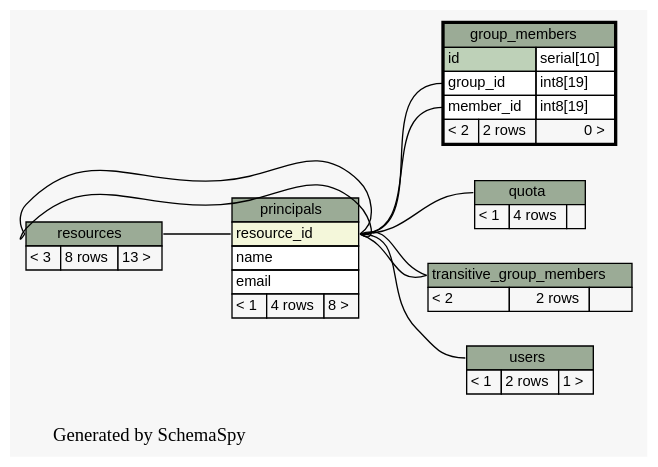
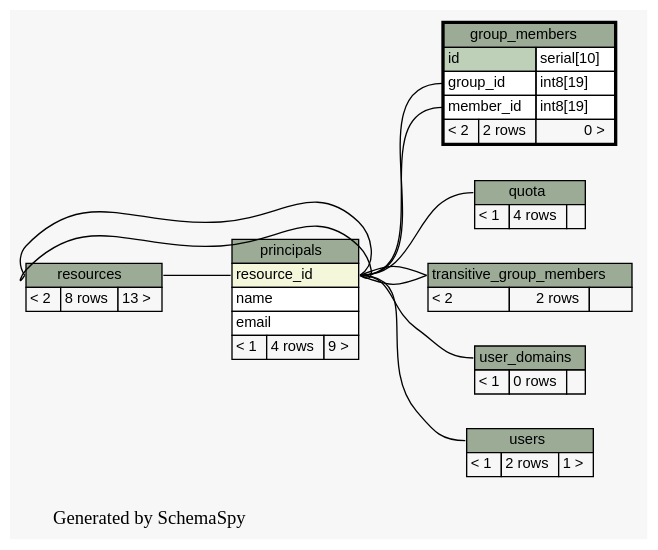
Before and after one commit to tolsen/limestone: the diagram in limestone/doc/schemaSpy/graphs/group_members.2degrees.dot, drawn with Graphviz. The commit also changed 151 other files, not shown here.

Commit message:
update schemaspy

```diff
--- a/limestone/doc/schemaSpy/graphs/group_members.2degrees.dot
+++ b/limestone/doc/schemaSpy/graphs/group_members.2degrees.dot
@@ -1,86 +1,96 @@
-// dot 2.16.1 on Linux 2.6.24-1-amd64
+// dot 2.20.2 on Linux 2.6.25-2-amd64
 digraph "twoDegreesRelationshipsGraph" {
   graph [
     rankdir="RL"
     bgcolor="#f7f7f7"
     label="\nGenerated by SchemaSpy"
     labeljust="l"
   ];
   node [
     fontname="Helvetica"
     fontsize="11"
     shape="plaintext"
   ];
   edge [
     arrowsize="0.8"
   ];
   "group_members":"group_id":w -> "principals":"resource_id":e [arrowtail=crowtee arrowhead=none];
   "group_members":"member_id":w -> "principals":"resource_id":e [arrowtail=crowtee arrowhead=none];
   "principals":"resource_id":w -> "resources":"resources.heading":e [arrowtail=tee arrowhead=none];
   "quota":"quota.heading":w -> "principals":"resource_id":e [arrowtail=tee arrowhead=none];
   "resources":"resources.heading":w -> "principals":"resource_id":e [arrowtail=crowtee arrowhead=none];
   "resources":"resources.heading":w -> "principals":"resource_id":e [arrowtail=crowtee arrowhead=none];
   "transitive_group_members":"transitive_group_members.heading":w -> "principals":"resource_id":e [arrowtail=crowtee arrowhead=none];
   "transitive_group_members":"transitive_group_members.heading":w -> "principals":"resource_id":e [arrowtail=crowtee arrowhead=none];
+  "user_domains":"user_domains.heading":w -> "principals":"resource_id":e [arrowtail=crowodot arrowhead=none];
   "users":"users.heading":w -> "principals":"resource_id":e [arrowtail=tee arrowhead=none];
   "group_members" [
     label=<
     <TABLE BORDER="2" CELLBORDER="1" CELLSPACING="0" BGCOLOR="#ffffff">
       <TR><TD PORT="group_members.heading" COLSPAN="3" BGCOLOR="#9bab96" ALIGN="CENTER">group_members</TD></TR>
       <TR><TD PORT="id" COLSPAN="2" BGCOLOR="#bed1b8" ALIGN="LEFT">id</TD><TD PORT="id.type" ALIGN="LEFT">serial[10]</TD></TR>
       <TR><TD PORT="group_id" COLSPAN="2" ALIGN="LEFT">group_id</TD><TD PORT="group_id.type" ALIGN="LEFT">int8[19]</TD></TR>
       <TR><TD PORT="member_id" COLSPAN="2" ALIGN="LEFT">member_id</TD><TD PORT="member_id.type" ALIGN="LEFT">int8[19]</TD></TR>
       <TR><TD ALIGN="LEFT" BGCOLOR="#f7f7f7">&lt; 2</TD><TD ALIGN="RIGHT" BGCOLOR="#f7f7f7">2 rows</TD><TD ALIGN="RIGHT" BGCOLOR="#f7f7f7">0 &gt;</TD></TR>
     </TABLE>>
     URL="group_members.html#"
     tooltip="group_members"
   ];
   "principals" [
     label=<
     <TABLE BORDER="0" CELLBORDER="1" CELLSPACING="0" BGCOLOR="#ffffff">
       <TR><TD PORT="principals.heading" COLSPAN="3" BGCOLOR="#9bab96" ALIGN="CENTER">principals</TD></TR>
       <TR><TD PORT="resource_id" COLSPAN="3" BGCOLOR="#f4f7da" ALIGN="LEFT">resource_id</TD></TR>
       <TR><TD PORT="name" COLSPAN="3" ALIGN="LEFT">name</TD></TR>
       <TR><TD PORT="email" COLSPAN="3" ALIGN="LEFT">email</TD></TR>
-      <TR><TD ALIGN="LEFT" BGCOLOR="#f7f7f7">&lt; 1</TD><TD ALIGN="RIGHT" BGCOLOR="#f7f7f7">4 rows</TD><TD ALIGN="RIGHT" BGCOLOR="#f7f7f7">8 &gt;</TD></TR>
+      <TR><TD ALIGN="LEFT" BGCOLOR="#f7f7f7">&lt; 1</TD><TD ALIGN="RIGHT" BGCOLOR="#f7f7f7">4 rows</TD><TD ALIGN="RIGHT" BGCOLOR="#f7f7f7">9 &gt;</TD></TR>
     </TABLE>>
     URL="principals.html#graph"
     tooltip="principals"
   ];
   "quota" [
     label=<
     <TABLE BORDER="0" CELLBORDER="1" CELLSPACING="0" BGCOLOR="#ffffff">
       <TR><TD PORT="quota.heading" COLSPAN="3" BGCOLOR="#9bab96" ALIGN="CENTER">quota</TD></TR>
       <TR><TD ALIGN="LEFT" BGCOLOR="#f7f7f7">&lt; 1</TD><TD ALIGN="RIGHT" BGCOLOR="#f7f7f7">4 rows</TD><TD ALIGN="RIGHT" BGCOLOR="#f7f7f7">  </TD></TR>
     </TABLE>>
     URL="quota.html#graph"
     tooltip="quota"
   ];
   "resources" [
     label=<
     <TABLE BORDER="0" CELLBORDER="1" CELLSPACING="0" BGCOLOR="#ffffff">
       <TR><TD PORT="resources.heading" COLSPAN="3" BGCOLOR="#9bab96" ALIGN="CENTER">resources</TD></TR>
-      <TR><TD ALIGN="LEFT" BGCOLOR="#f7f7f7">&lt; 3</TD><TD ALIGN="RIGHT" BGCOLOR="#f7f7f7">8 rows</TD><TD ALIGN="RIGHT" BGCOLOR="#f7f7f7">13 &gt;</TD></TR>
+      <TR><TD ALIGN="LEFT" BGCOLOR="#f7f7f7">&lt; 2</TD><TD ALIGN="RIGHT" BGCOLOR="#f7f7f7">8 rows</TD><TD ALIGN="RIGHT" BGCOLOR="#f7f7f7">13 &gt;</TD></TR>
     </TABLE>>
     URL="resources.html#graph"
     tooltip="resources"
   ];
   "transitive_group_members" [
     label=<
     <TABLE BORDER="0" CELLBORDER="1" CELLSPACING="0" BGCOLOR="#ffffff">
       <TR><TD PORT="transitive_group_members.heading" COLSPAN="3" BGCOLOR="#9bab96" ALIGN="CENTER">transitive_group_members</TD></TR>
       <TR><TD ALIGN="LEFT" BGCOLOR="#f7f7f7">&lt; 2</TD><TD ALIGN="RIGHT" BGCOLOR="#f7f7f7">2 rows</TD><TD ALIGN="RIGHT" BGCOLOR="#f7f7f7">  </TD></TR>
     </TABLE>>
     URL="transitive_group_members.html#graph"
     tooltip="transitive_group_members"
   ];
+  "user_domains" [
+    label=<
+    <TABLE BORDER="0" CELLBORDER="1" CELLSPACING="0" BGCOLOR="#ffffff">
+      <TR><TD PORT="user_domains.heading" COLSPAN="3" BGCOLOR="#9bab96" ALIGN="CENTER">user_domains</TD></TR>
+      <TR><TD ALIGN="LEFT" BGCOLOR="#f7f7f7">&lt; 1</TD><TD ALIGN="RIGHT" BGCOLOR="#f7f7f7">0 rows</TD><TD ALIGN="RIGHT" BGCOLOR="#f7f7f7">  </TD></TR>
+    </TABLE>>
+    URL="user_domains.html#graph"
+    tooltip="user_domains"
+  ];
   "users" [
     label=<
     <TABLE BORDER="0" CELLBORDER="1" CELLSPACING="0" BGCOLOR="#ffffff">
       <TR><TD PORT="users.heading" COLSPAN="3" BGCOLOR="#9bab96" ALIGN="CENTER">users</TD></TR>
       <TR><TD ALIGN="LEFT" BGCOLOR="#f7f7f7">&lt; 1</TD><TD ALIGN="RIGHT" BGCOLOR="#f7f7f7">2 rows</TD><TD ALIGN="RIGHT" BGCOLOR="#f7f7f7">1 &gt;</TD></TR>
     </TABLE>>
     URL="users.html#graph"
     tooltip="users"
   ];
 }
```
